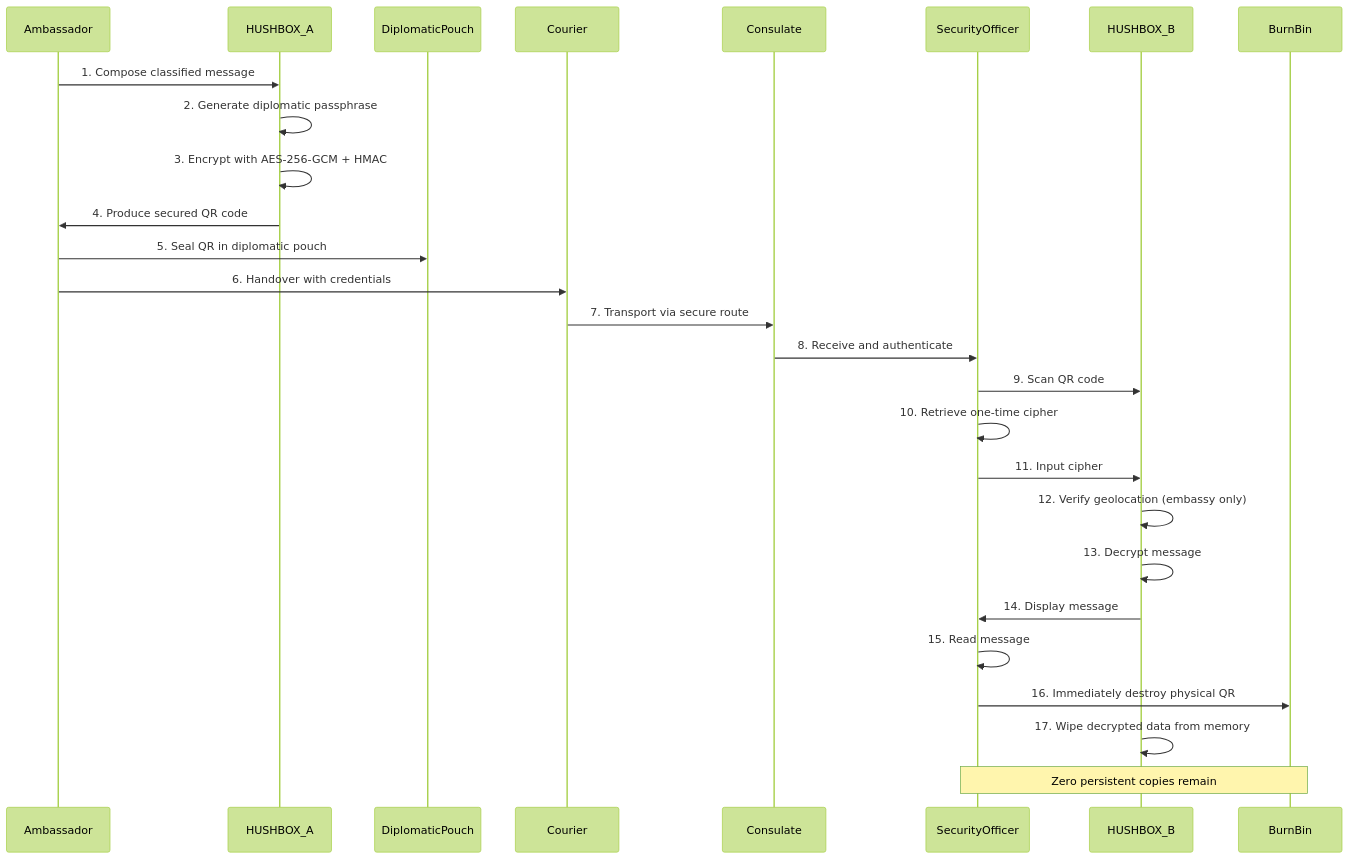
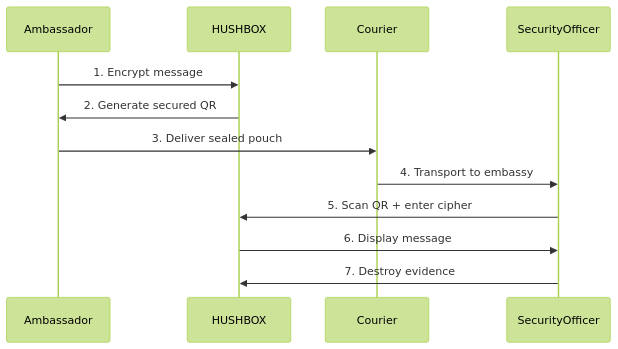
One commit to MPetovick/testHUSHBOX changed diagram 12 of 21 in README3.md. Above: the diagram before and after it, drawn with Mermaid (forest theme).

````diff
--- a/README3.md
+++ b/README3.md
@@ -303,30 +303,15 @@
 ```mermaid
 sequenceDiagram
     participant Ambassador
-    participant HUSHBOX_A
-    participant DiplomaticPouch
+    participant HUSHBOX
     participant Courier
-    participant Consulate
     participant SecurityOfficer
-    participant HUSHBOX_B
-    participant BurnBin
     
-    Ambassador->>HUSHBOX_A: 1. Compose classified message
-    HUSHBOX_A->>HUSHBOX_A: 2. Generate diplomatic passphrase
-    HUSHBOX_A->>HUSHBOX_A: 3. Encrypt with AES-256-GCM + HMAC
-    HUSHBOX_A->>Ambassador: 4. Produce secured QR code
-    Ambassador->>DiplomaticPouch: 5. Seal QR in diplomatic pouch
-    Ambassador->>Courier: 6. Handover with credentials
-    Courier->>Consulate: 7. Transport via secure route
-    Consulate->>SecurityOfficer: 8. Receive and authenticate
-    SecurityOfficer->>HUSHBOX_B: 9. Scan QR code
-    SecurityOfficer->>SecurityOfficer: 10. Retrieve one-time cipher
-    SecurityOfficer->>HUSHBOX_B: 11. Input cipher
-    HUSHBOX_B->>HUSHBOX_B: 12. Verify geolocation (embassy only)
-    HUSHBOX_B->>HUSHBOX_B: 13. Decrypt message
-    HUSHBOX_B->>SecurityOfficer: 14. Display message
-    SecurityOfficer->>SecurityOfficer: 15. Read message
-    SecurityOfficer->>BurnBin: 16. Immediately destroy physical QR
-    HUSHBOX_B->>HUSHBOX_B: 17. Wipe decrypted data from memory
-    Note over SecurityOfficer,BurnBin: Zero persistent copies remain
+    Ambassador->>HUSHBOX: 1. Encrypt message
+    HUSHBOX->>Ambassador: 2. Generate secured QR
+    Ambassador->>Courier: 3. Deliver sealed pouch
+    Courier->>SecurityOfficer: 4. Transport to embassy
+    SecurityOfficer->>HUSHBOX: 5. Scan QR + enter cipher
+    HUSHBOX->>SecurityOfficer: 6. Display message
+    SecurityOfficer->>HUSHBOX: 7. Destroy evidence
 ```
````
